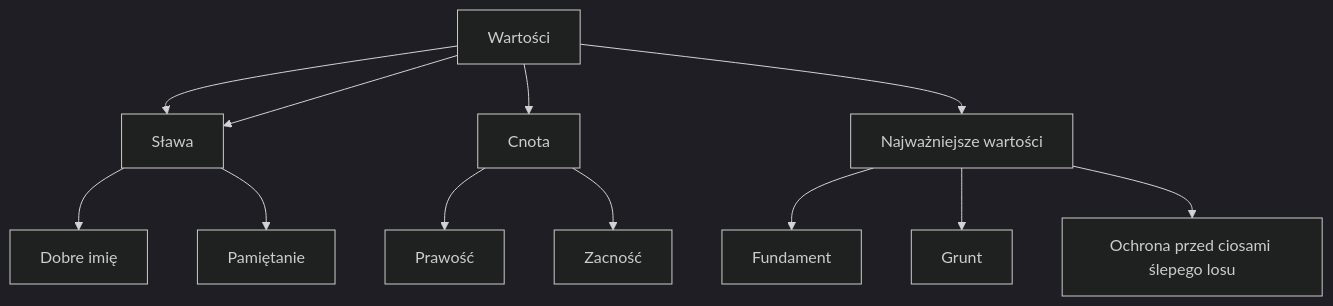
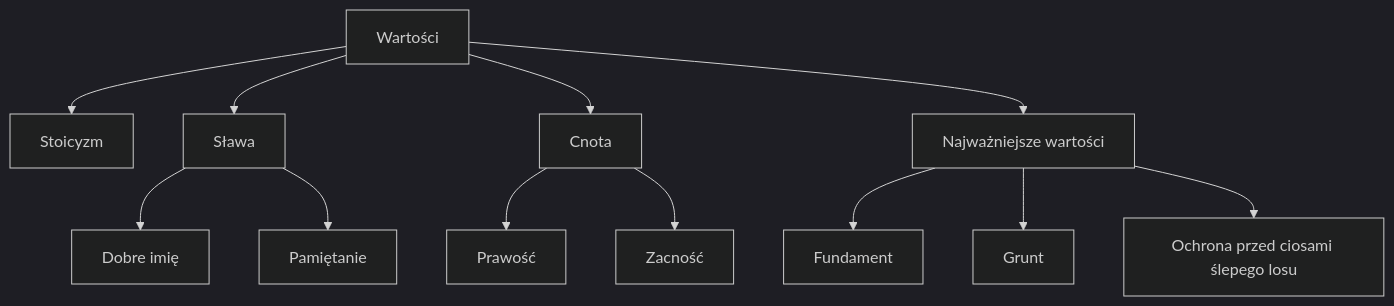
One commit to tokox/files changed the diagram in school/polski/index.md. Above: the diagram before and after it, drawn with Mermaid (dark theme).

````diff
--- a/school/polski/index.md
+++ b/school/polski/index.md
@@ -6,26 +6,26 @@
 ```mermaid
 graph TB
     W["Wartości"]
-    S["Stoicyzm"]
+    St["Stoicyzm"]
     C["Cnota"]
     S["Sława"]
     N["Najważniejsze wartości"]
     P["Prawość"]
     Z["Zacność"]
     D["Dobre imię"]
     Pa["Pamiętanie"]
     F["Fundament"]
     G["Grunt"]
     O["Ochrona przed ciosami ślepego losu"]
     W --> S
     W --> C
-    W --> S
+    W --> St
     W --> N
     C --> P
     C --> Z
     S --> D
     S --> Pa
     N --> F
     N --> G
     N --> O
 ```
````
